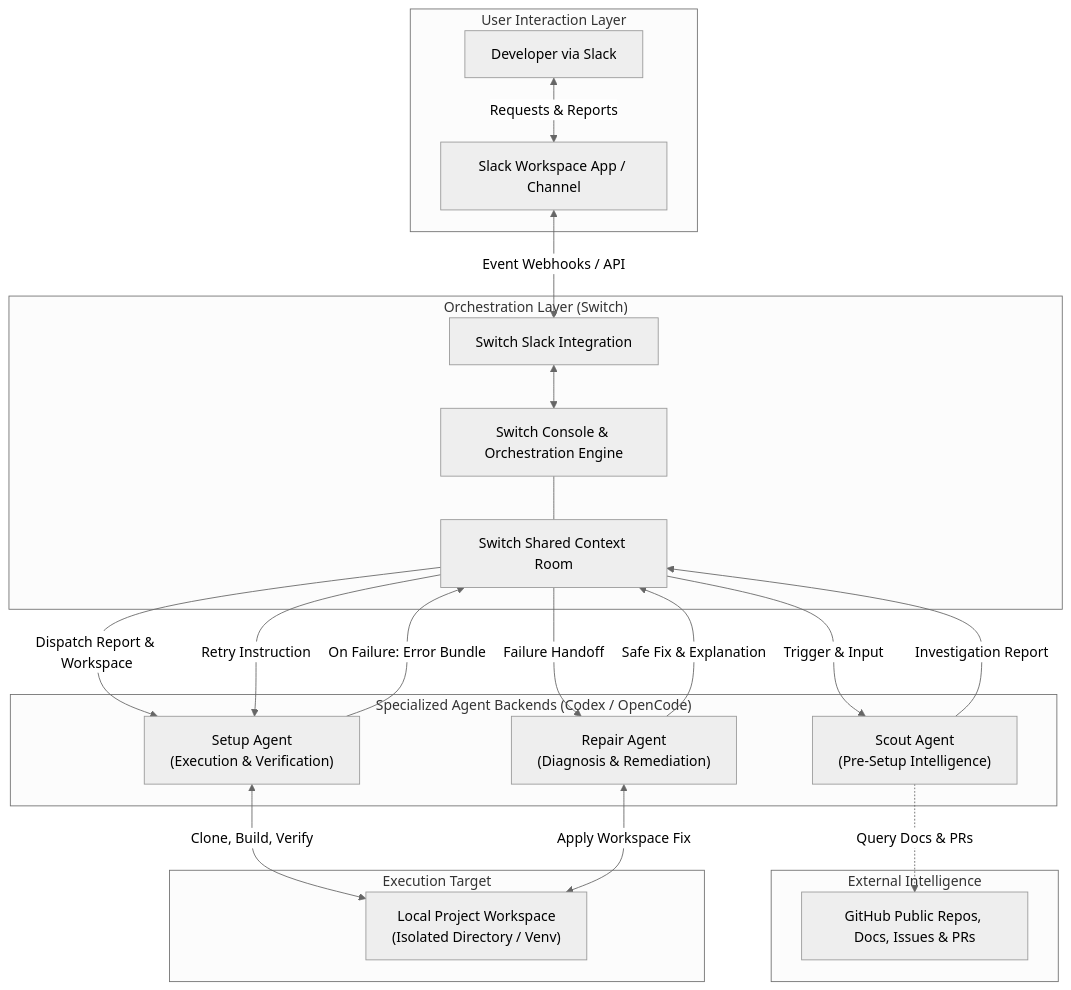
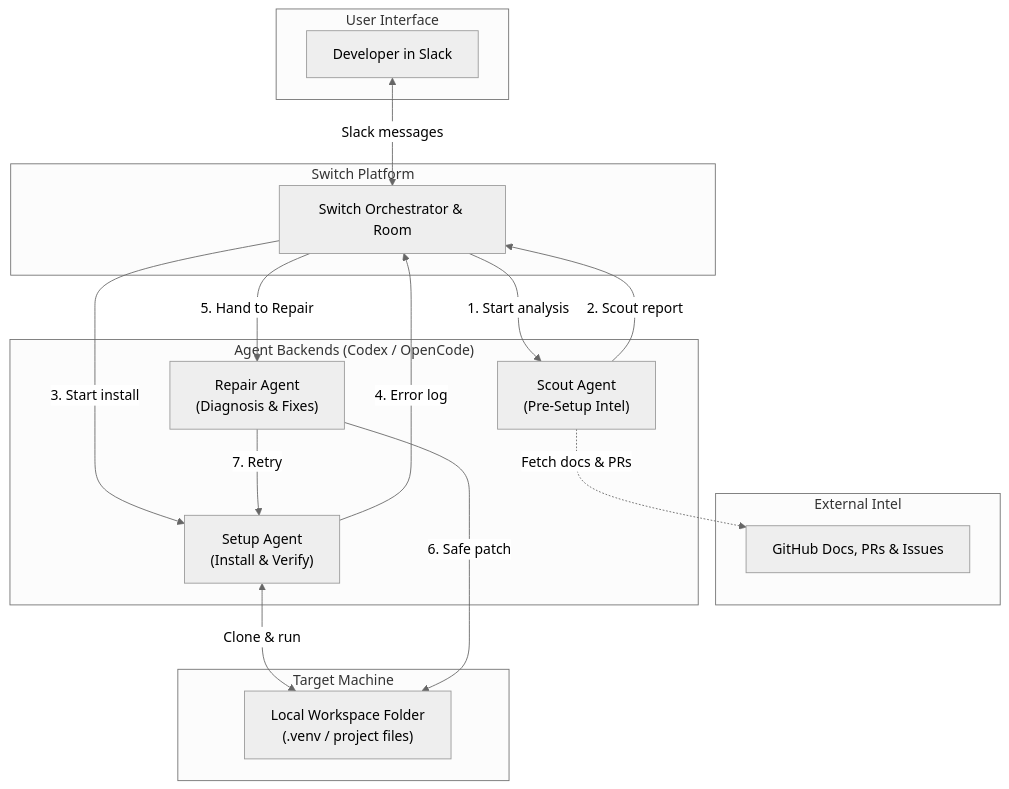
Before and after one commit to ravindhar1108/switch-setup-desk: the diagram in docs/architecture.md, drawn with Mermaid (neutral theme). The commit also changed other lines of this file and 21 other files, not shown here.

````diff
--- a/docs/architecture.md
+++ b/docs/architecture.md
@@ -9,45 +9,35 @@
 ```mermaid
 flowchart TB
-    subgraph UI ["User Interaction Layer"]
-        SlackUser["Developer via Slack"]
-        SlackBot["Slack Workspace App / Channel"]
-        SlackUser <-->|"Requests & Reports"| SlackBot
+    subgraph UI ["User Interface"]
+        User["Developer in Slack"]
     end
 
-    subgraph Orchestration ["Orchestration Layer (Switch)"]
-        SwitchConsole["Switch Console & Orchestration Engine"]
-        SwitchRoom["Switch Shared Context Room"]
-        SwitchBot["Switch Slack Integration"]
-        
-        SlackBot <-->|"Event Webhooks / API"| SwitchBot
-        SwitchBot <--> SwitchConsole
-        SwitchConsole --- SwitchRoom
+    subgraph SwitchEngine ["Switch Platform"]
+        Router["Switch Orchestrator & Room"]
     end
 
-    subgraph Intelligence ["External Intelligence"]
-        GitHub["GitHub Public Repos, Docs, Issues & PRs"]
+    subgraph GitHubIntel ["External Intel"]
+        GitHub["GitHub Docs, PRs & Issues"]
     end
 
-    subgraph Agents ["Specialized Agent Backends (Codex / OpenCode)"]
-        ScoutAgent["Scout Agent\n(Pre-Setup Intelligence)"]
-        SetupAgent["Setup Agent\n(Execution & Verification)"]
-        RepairAgent["Repair Agent\n(Diagnosis & Remediation)"]
-
-        SwitchRoom -->|"Trigger & Input"| ScoutAgent
-        ScoutAgent -.->|"Query Docs & PRs"| GitHub
-        ScoutAgent -->|"Investigation Report"| SwitchRoom
-
-        SwitchRoom -->|"Dispatch Report & Workspace"| SetupAgent
-        SetupAgent -->|"On Failure: Error Bundle"| SwitchRoom
-
-        SwitchRoom -->|"Failure Handoff"| RepairAgent
-        RepairAgent -->|"Safe Fix & Explanation"| SwitchRoom
-        SwitchRoom -->|"Retry Instruction"| SetupAgent
+    subgraph Agents ["Agent Backends (Codex / OpenCode)"]
+        Scout["Scout Agent\n(Pre-Setup Intel)"]
+        Setup["Setup Agent\n(Install & Verify)"]
+        Repair["Repair Agent\n(Diagnosis & Fixes)"]
     end
 
-    subgraph Target ["Execution Target"]
-        Workspace["Local Project Workspace\n(Isolated Directory / Venv)"]
-        SetupAgent <-->|"Clone, Build, Verify"| Workspace
-        RepairAgent <-->|"Apply Workspace Fix"| Workspace
+    subgraph Target ["Target Machine"]
+        Workspace["Local Workspace Folder\n(.venv / project files)"]
     end
+
+    User <-->|"Slack messages"| Router
+    Router -->|"1. Start analysis"| Scout
+    Scout -.->|"Fetch docs & PRs"| GitHub
+    Scout -->|"2. Scout report"| Router
+    Router -->|"3. Start install"| Setup
+    Setup <-->|"Clone & run"| Workspace
+    Setup -->|"4. Error log"| Router
+    Router -->|"5. Hand to Repair"| Repair
+    Repair -->|"6. Safe patch"| Workspace
+    Repair -->|"7. Retry"| Setup
 ```
````
